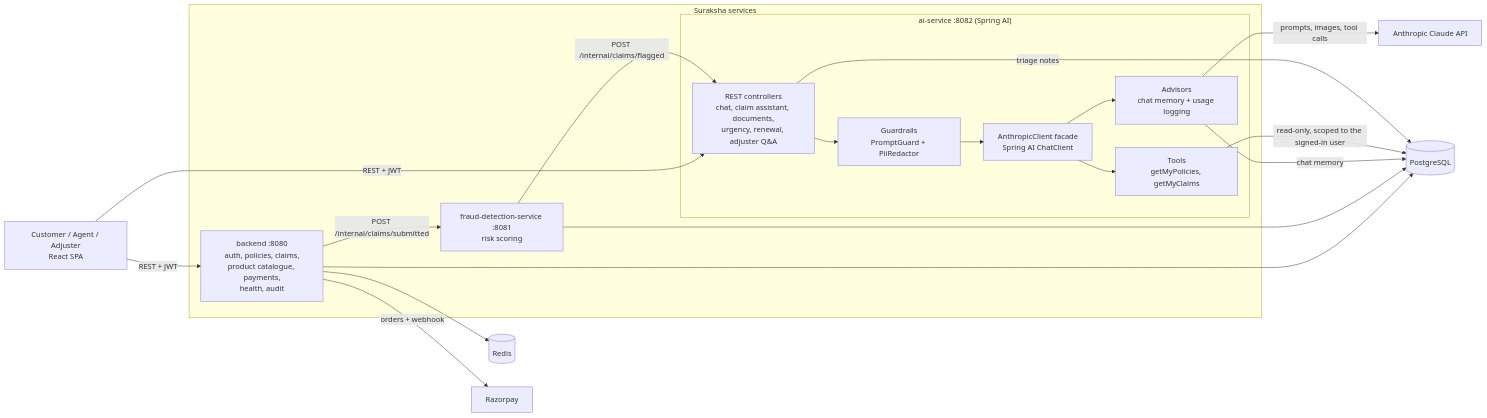
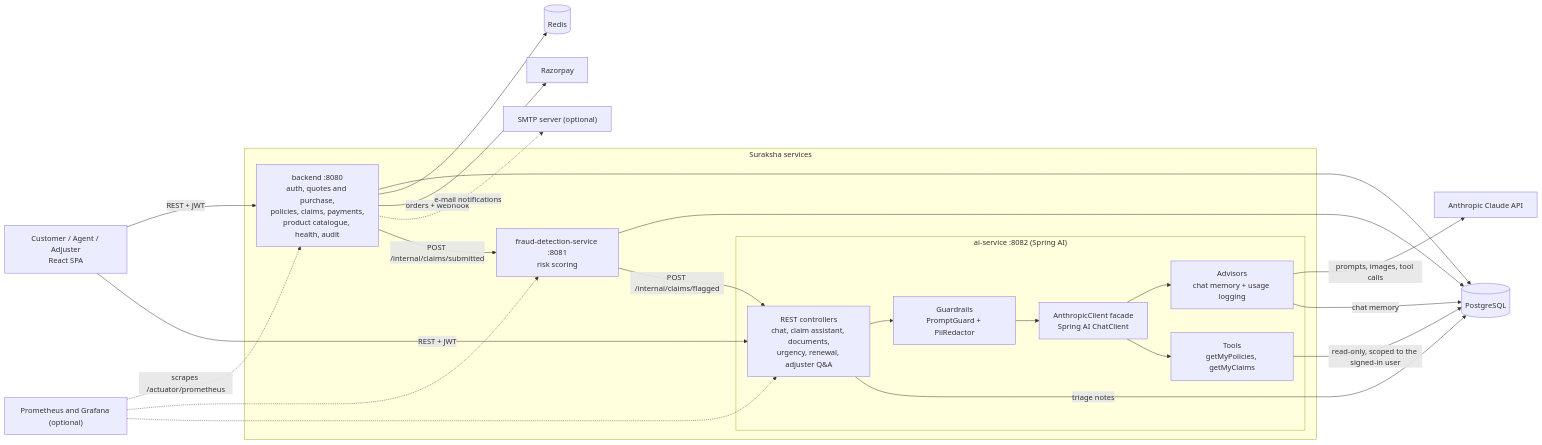
Before and after one commit to baluabs6/suraksha-insurance-stack: the diagram in README.md, drawn with Mermaid. The commit also changed other lines of this file and 70 other files, not shown here.

````diff
--- a/README.md
+++ b/README.md
@@ -96,36 +133,42 @@
 ```mermaid
 flowchart LR
     U["Customer / Agent / Adjuster<br/>React SPA"]
 
     subgraph Platform["Suraksha services"]
-        B["backend :8080<br/>auth, policies, claims,<br/>product catalogue, payments,<br/>health, audit"]
+        B["backend :8080<br/>auth, quotes and purchase,<br/>policies, claims, payments,<br/>product catalogue, health, audit"]
         F["fraud-detection-service :8081<br/>risk scoring"]
         subgraph AI["ai-service :8082 (Spring AI)"]
             C["REST controllers<br/>chat, claim assistant, documents,<br/>urgency, renewal, adjuster Q&A"]
             G["Guardrails<br/>PromptGuard + PiiRedactor"]
             CC["AnthropicClient facade<br/>Spring AI ChatClient"]
             AD["Advisors<br/>chat memory + usage logging"]
             T["Tools<br/>getMyPolicies, getMyClaims"]
             C --> G --> CC --> AD
             CC --> T
         end
     end
 
     PG[("PostgreSQL")]
     R[("Redis")]
     RZ["Razorpay"]
     LLM["Anthropic Claude API"]
+    MAIL["SMTP server (optional)"]
+    PROM["Prometheus and Grafana (optional)"]
 
     U -->|"REST + JWT"| B
     U -->|"REST + JWT"| C
     B --> PG
     B --> R
     B -->|"orders + webhook"| RZ
+    B -.->|"e-mail notifications"| MAIL
+    PROM -.->|"scrapes /actuator/prometheus"| B
+    PROM -.-> F
+    PROM -.-> C
     B -->|"POST /internal/claims/submitted"| F
     F --> PG
     F -->|"POST /internal/claims/flagged"| C
     AD -->|"prompts, images, tool calls"| LLM
     AD -->|"chat memory"| PG
     T -->|"read-only, scoped to the signed-in user"| PG
     C -->|"triage notes"| PG
 ```
````
